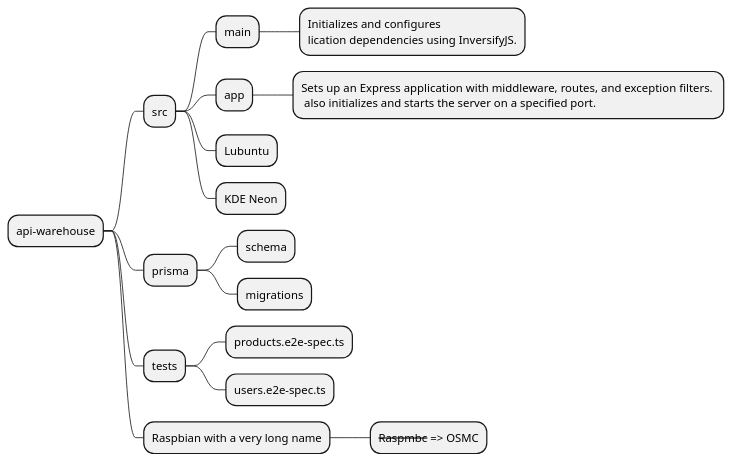
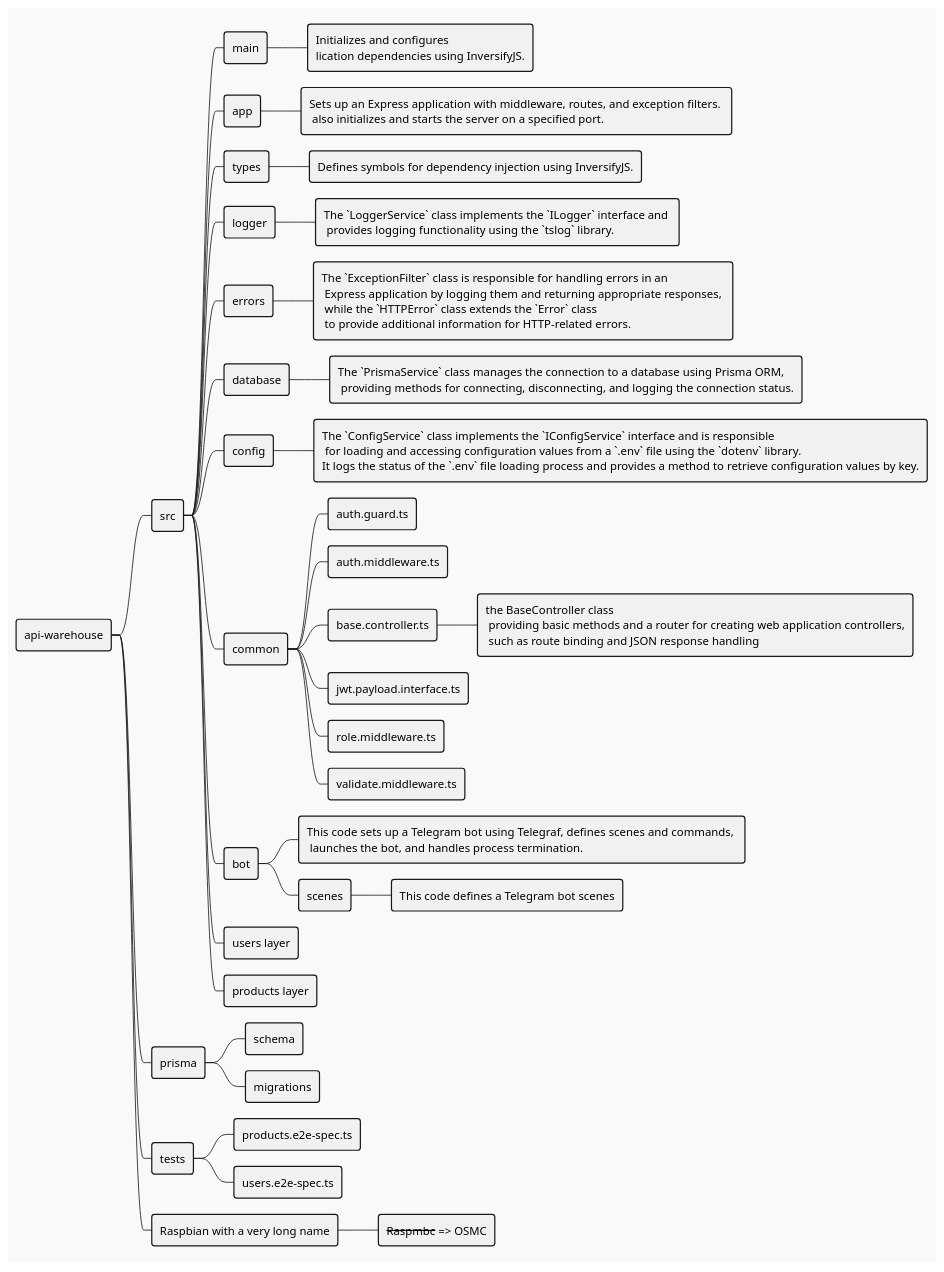
Before and after one commit to PortnovAlex80/node_js_pro: the diagram in api-warehouse/diagrams/apparchi.iuml, drawn with PlantUML.

```diff
--- a/api-warehouse/diagrams/apparchi.iuml
+++ b/api-warehouse/diagrams/apparchi.iuml
@@ -1,18 +1,41 @@
 @startmindmap
+!theme mars
 * api-warehouse
 ** src
 *** main
 **** Initializes and configures \nlication dependencies using InversifyJS.
 *** app
 **** Sets up an Express application with middleware, routes, and exception filters. \n also initializes and starts the server on a specified port.
-*** Lubuntu
-*** KDE Neon
+*** types
+**** Defines symbols for dependency injection using InversifyJS.
+*** logger
+**** The `LoggerService` class implements the `ILogger` interface and \n provides logging functionality using the `tslog` library.
+*** errors
+**** The `ExceptionFilter` class is responsible for handling errors in an \n Express application by logging them and returning appropriate responses, \n while the `HTTPError` class extends the `Error` class \n to provide additional information for HTTP-related errors.
+*** database
+**** The `PrismaService` class manages the connection to a database using Prisma ORM, \n providing methods for connecting, disconnecting, and logging the connection status.
+*** config
+**** The `ConfigService` class implements the `IConfigService` interface and is responsible \n for loading and accessing configuration values from a `.env` file using the `dotenv` library. \nIt logs the status of the `.env` file loading process and provides a method to retrieve configuration values by key.
+*** common
+**** auth.guard.ts
+**** auth.middleware.ts
+**** base.controller.ts
+*****  the BaseController class \n providing basic methods and a router for creating web application controllers,\n such as route binding and JSON response handling
+**** jwt.payload.interface.ts
+**** role.middleware.ts
+**** validate.middleware.ts
+*** bot
+**** This code sets up a Telegram bot using Telegraf, defines scenes and commands, \n launches the bot, and handles process termination.
+**** scenes
+***** This code defines a Telegram bot scenes
+*** users layer
+*** products layer
 ** prisma
 *** schema
 *** migrations
 ** tests
 *** products.e2e-spec.ts
 *** users.e2e-spec.ts
 ** Raspbian with a very long name
 *** <s>Raspmbc</s> => OSMC
 @endmindmap
```
